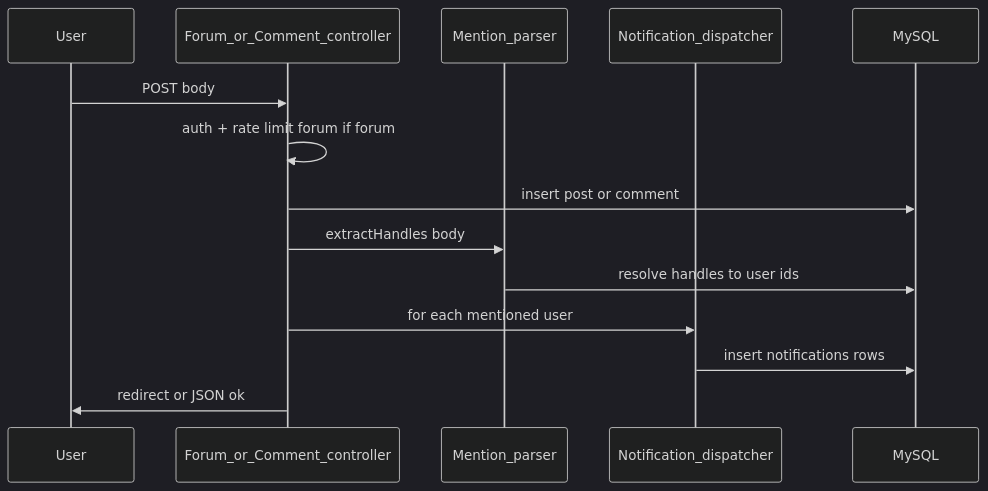
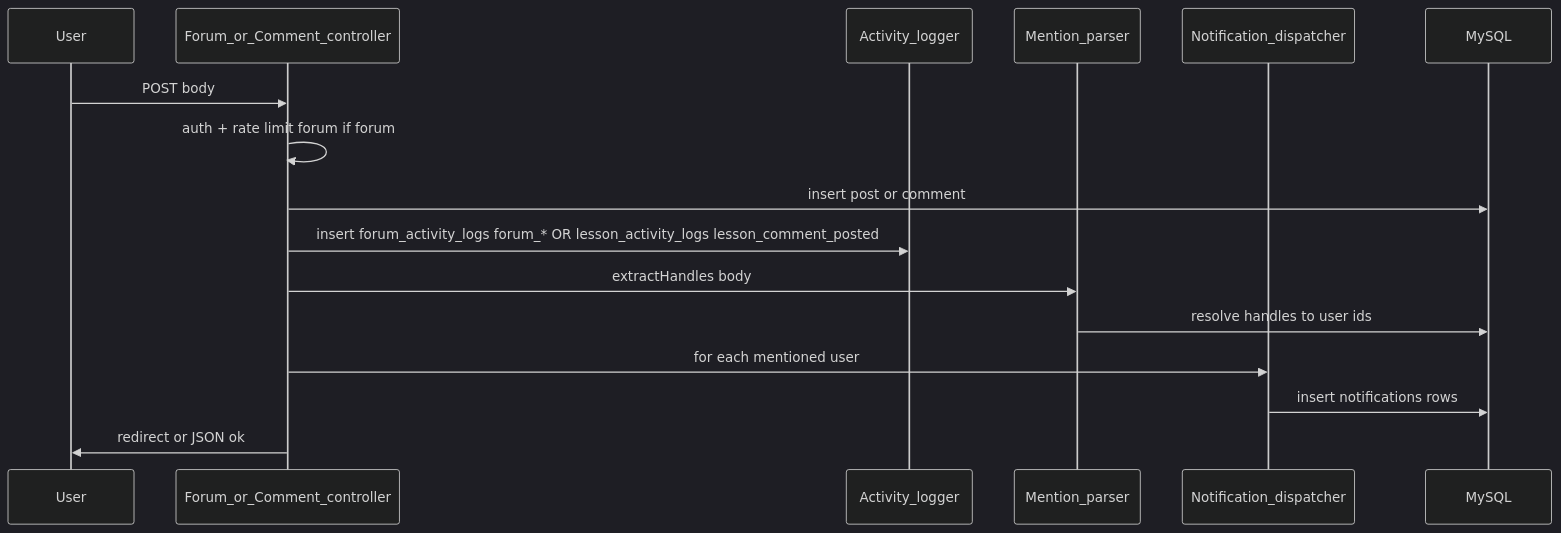
One commit to ThawHtooZin/protech_learning changed the third of 3 diagrams in docs/sequence-critical-flows.md. Above: the diagram before and after it, drawn with Mermaid (dark theme). The commit also changed other lines of this file and 57 other files, not shown here.

Commit message:
Added more Features and Edited Learning Flow

````diff
--- a/docs/sequence-critical-flows.md
+++ b/docs/sequence-critical-flows.md
@@ -63,16 +70,18 @@
 ```mermaid
 sequenceDiagram
   participant User
   participant Ctrl as Forum_or_Comment_controller
+  participant Monitor as Activity_logger
   participant Mention as Mention_parser
   participant Notify as Notification_dispatcher
   participant DB as MySQL
   User ->> Ctrl: POST body
   Ctrl ->> Ctrl: auth + rate limit forum if forum
   Ctrl ->> DB: insert post or comment
+  Ctrl ->> Monitor: insert forum_activity_logs forum_* OR lesson_activity_logs lesson_comment_posted
   Ctrl ->> Mention: extractHandles body
   Mention ->> DB: resolve handles to user ids
   Ctrl ->> Notify: for each mentioned user
   Notify ->> DB: insert notifications rows
   Ctrl ->> User: redirect or JSON ok
 ```
````
